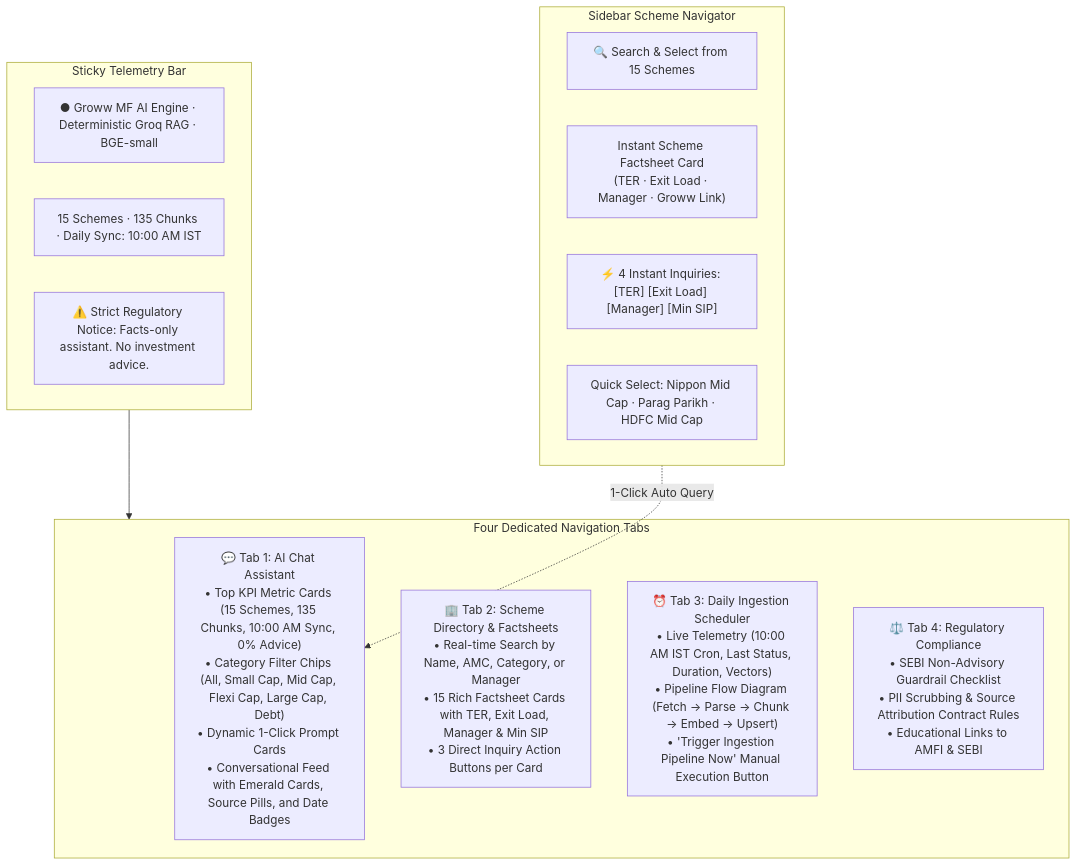
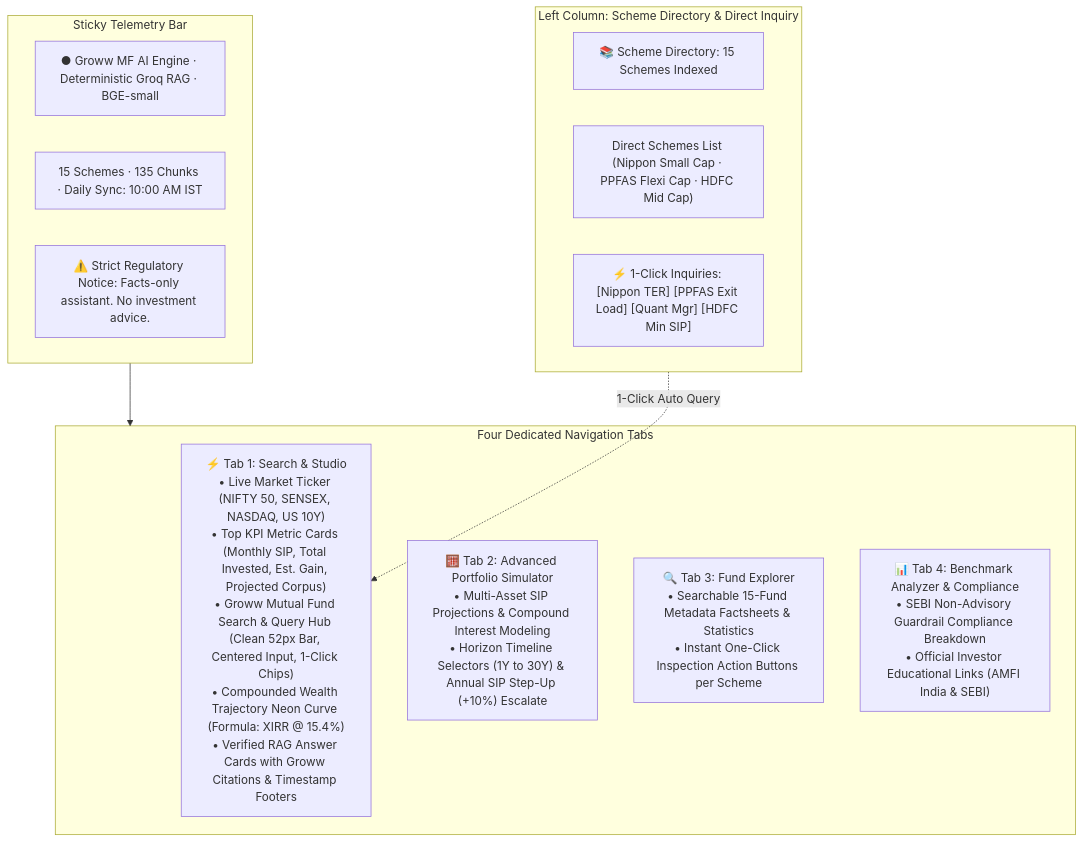
The fourth of 6 diagrams in Docs/architecture.md (lohith307/MutualFund-Nextleap), drawn with Mermaid before and after one commit. The commit also changed other lines of this file and 4 other files, not shown here.

Commit message:
docs: update architecture, deployment guides, implementation plan, and README with Search & Studio UI specifications

````diff
--- a/Docs/architecture.md
+++ b/Docs/architecture.md
@@ -143,25 +143,24 @@
 ```mermaid
 flowchart TD
     subgraph StickyHeader["Sticky Telemetry Bar"]
         Pill["● Groww MF AI Engine · Deterministic Groq RAG · BGE-small"]
         Stats["15 Schemes · 135 Chunks · Daily Sync: 10:00 AM IST"]
         Banner["⚠️ Strict Regulatory Notice: Facts-only assistant. No investment advice."]
     end
 
-    subgraph SidebarNav["Sidebar Scheme Navigator"]
-        SearchSelect["🔍 Search & Select from 15 Schemes"]
-        FactCard["Instant Scheme Factsheet Card\n(TER · Exit Load · Manager · Groww Link)"]
-        OneClickBtns["⚡ 4 Instant Inquiries: [TER] [Exit Load] [Manager] [Min SIP]"]
-        QuickSelect["Quick Select: Nippon Mid Cap · Parag Parikh · HDFC Mid Cap"]
+    subgraph SidebarNav["Left Column: Scheme Directory & Direct Inquiry"]
+        SearchSelect["📚 Scheme Directory: 15 Schemes Indexed"]
+        FactCard["Direct Schemes List (Nippon Small Cap · PPFAS Flexi Cap · HDFC Mid Cap)"]
+        OneClickBtns["⚡ 1-Click Inquiries: [Nippon TER] [PPFAS Exit Load] [Quant Mgr] [HDFC Min SIP]"]
     end
 
     subgraph Tabs["Four Dedicated Navigation Tabs"]
-        T1["💬 Tab 1: AI Chat Assistant\n• Top KPI Metric Cards (15 Schemes, 135 Chunks, 10:00 AM Sync, 0% Advice)\n• Category Filter Chips (All, Small Cap, Mid Cap, Flexi Cap, Large Cap, Debt)\n• Dynamic 1-Click Prompt Cards\n• Conversational Feed with Emerald Cards, Source Pills, and Date Badges"]
-        T2["🏢 Tab 2: Scheme Directory & Factsheets\n• Real-time Search by Name, AMC, Category, or Manager\n• 15 Rich Factsheet Cards with TER, Exit Load, Manager & Min SIP\n• 3 Direct Inquiry Action Buttons per Card"]
-        T3["⏰ Tab 3: Daily Ingestion Scheduler\n• Live Telemetry (10:00 AM IST Cron, Last Status, Duration, Vectors)\n• Pipeline Flow Diagram (Fetch → Parse → Chunk → Embed → Upsert)\n• 'Trigger Ingestion Pipeline Now' Manual Execution Button"]
-        T4["⚖️ Tab 4: Regulatory Compliance\n• SEBI Non-Advisory Guardrail Checklist\n• PII Scrubbing & Source Attribution Contract Rules\n• Educational Links to AMFI & SEBI"]
+        T1["⚡ Tab 1: Search & Studio\n• Live Market Ticker (NIFTY 50, SENSEX, NASDAQ, US 10Y)\n• Top KPI Metric Cards (Monthly SIP, Total Invested, Est. Gain, Projected Corpus)\n• Groww Mutual Fund Search & Query Hub (Clean 52px Bar, Centered Input, 1-Click Chips)\n• Compounded Wealth Trajectory Neon Curve (Formula: XIRR @ 15.4%)\n• Verified RAG Answer Cards with Groww Citations & Timestamp Footers"]
+        T2["🧮 Tab 2: Advanced Portfolio Simulator\n• Multi-Asset SIP Projections & Compound Interest Modeling\n• Horizon Timeline Selectors (1Y to 30Y) & Annual SIP Step-Up (+10%) Escalate"]
+        T3["🔍 Tab 3: Fund Explorer\n• Searchable 15-Fund Metadata Factsheets & Statistics\n• Instant One-Click Inspection Action Buttons per Scheme"]
+        T4["📊 Tab 4: Benchmark Analyzer & Compliance\n• SEBI Non-Advisory Guardrail Compliance Breakdown\n• Official Investor Educational Links (AMFI India & SEBI)"]
     end
 
     StickyHeader --> Tabs
     SidebarNav -.->|1-Click Auto Query| T1
 ```
````
